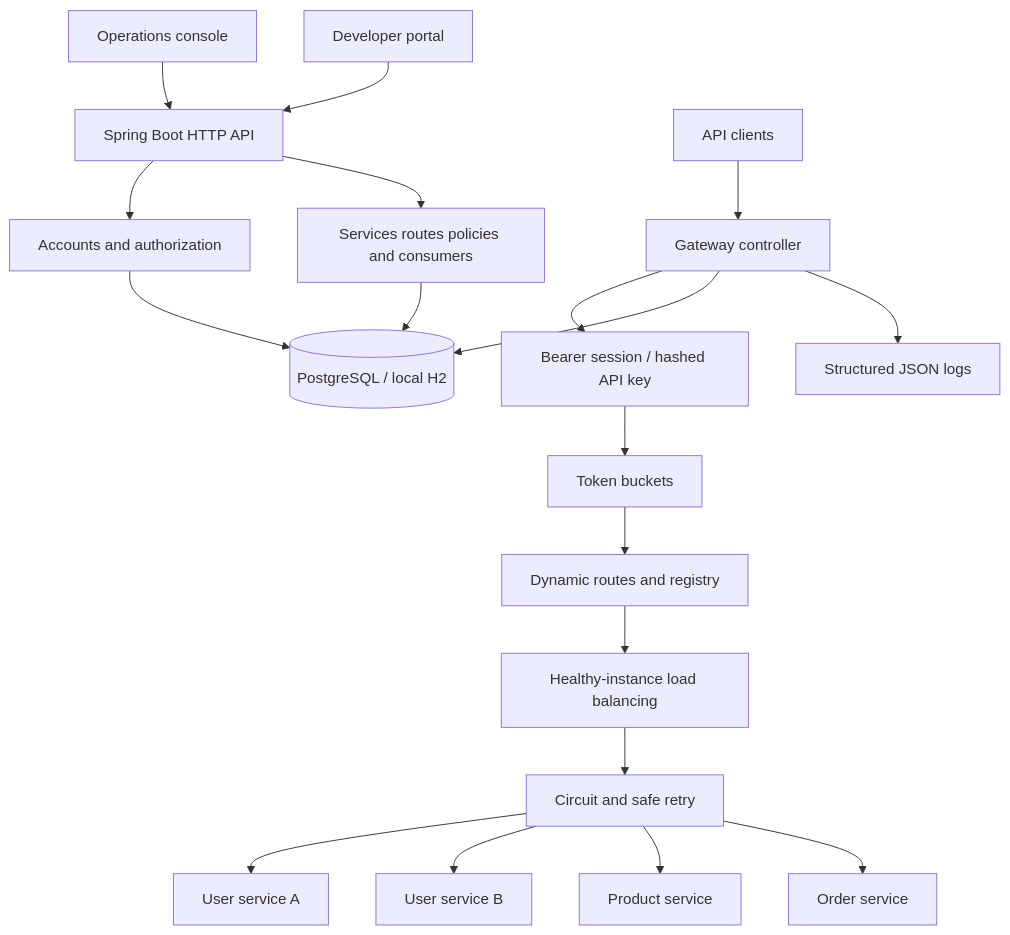
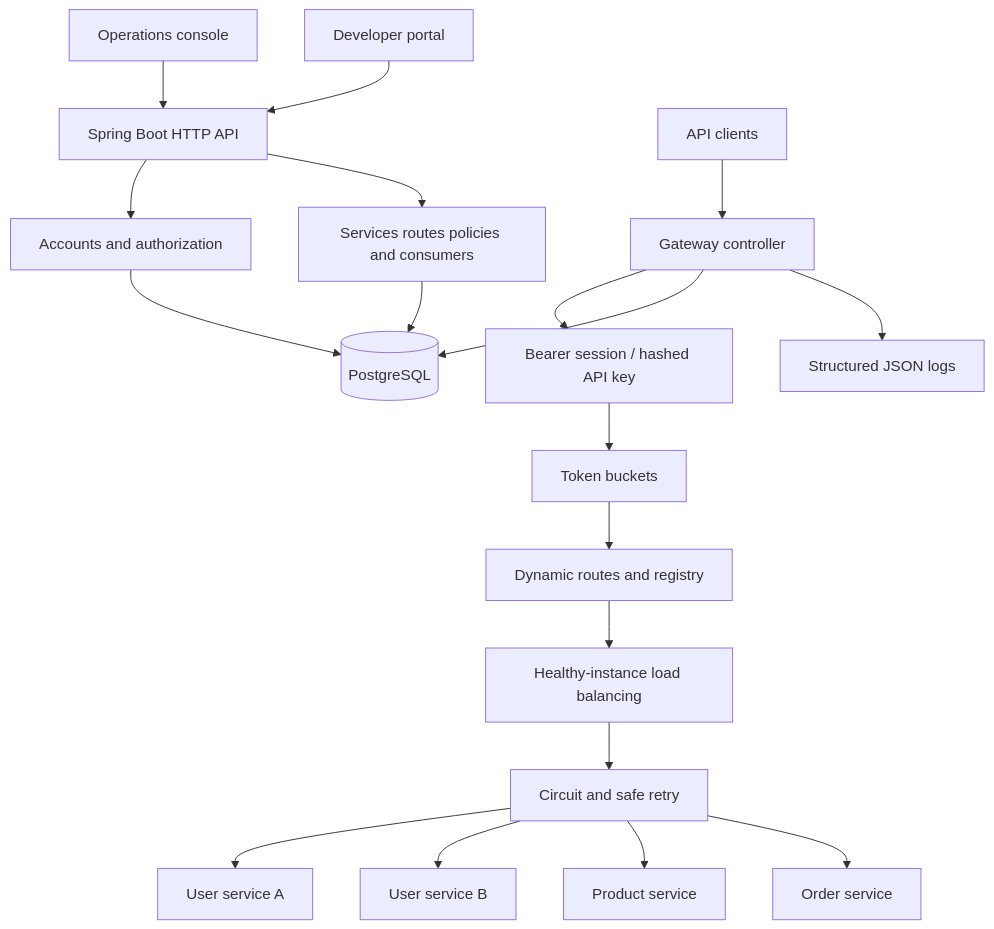
One commit to OmmPrakash-tech/SentinelX-API-Gateway-Traffic-Management-Platform changed the first of 16 diagrams in docs/architecture/README.md. Above: the diagram before and after it, drawn with Mermaid. The commit also changed other lines of this file and 24 other files, not shown here.

````diff
--- a/docs/architecture/README.md
+++ b/docs/architecture/README.md
@@ -5,21 +5,21 @@
 ```mermaid
 flowchart TB
     Admin[Operations console] --> HTTP[Spring Boot HTTP API]
     Developer[Developer portal] --> HTTP
     Client[API clients] --> Gateway[Gateway controller]
     HTTP --> Accounts[Accounts and authorization]
     HTTP --> Config[Services routes policies and consumers]
     Gateway --> Auth[Bearer session / hashed API key]
     Auth --> Limits[Token buckets]
     Limits --> Registry[Dynamic routes and registry]
     Registry --> LB[Healthy-instance load balancing]
     LB --> Circuit[Circuit and safe retry]
     Circuit --> A[User service A]
     Circuit --> B[User service B]
     Circuit --> Product[Product service]
     Circuit --> Order[Order service]
-    Accounts --> DB[(PostgreSQL / local H2)]
+    Accounts --> DB[(PostgreSQL)]
     Config --> DB
     Gateway --> DB
     Gateway --> JSON[Structured JSON logs]
 ```
````
